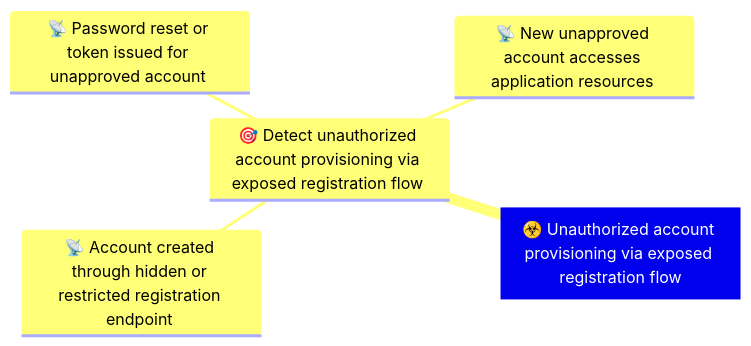
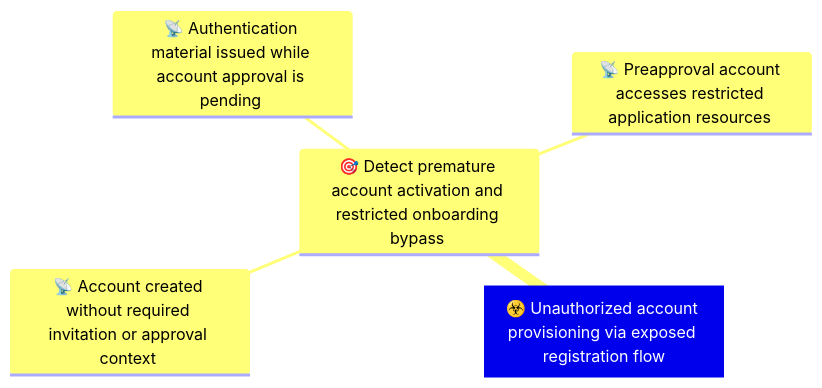
One commit to OpenTideHQ/WikiTide changed the first of 2 diagrams in Models/Threat Vectors/☣️ Unauthorized account provisioning via exposed registration flow.md. Above: the diagram before and after it, drawn with Mermaid. The commit also changed other lines of this file and 8 other files, not shown here.

````diff
--- a/Models/Threat Vectors/☣️ Unauthorized account provisioning via exposed registration flow.md
+++ b/Models/Threat Vectors/☣️ Unauthorized account provisioning via exposed registration flow.md
@@ -62,13 +62,13 @@
 ```mermaid
 
 mindmap
 Root[☣️ Unauthorized account provisioning via exposed registration flow]
     
-      🎯 Detect unauthorized account provisioning via exposed registration flow 
-          📡 Account created through hidden or restricted registration endpoint 
-          📡 Password reset or token issued for unapproved account 
-          📡 New unapproved account accesses application resources 
+      🎯 Detect premature account activation and restricted onboarding bypass 
+          📡 Account created without required invitation or approval context 
+          📡 Authentication material issued while account approval is pending 
+          📡 Preapproval account accesses restricted application resources 
     
 
 
 ```
````
